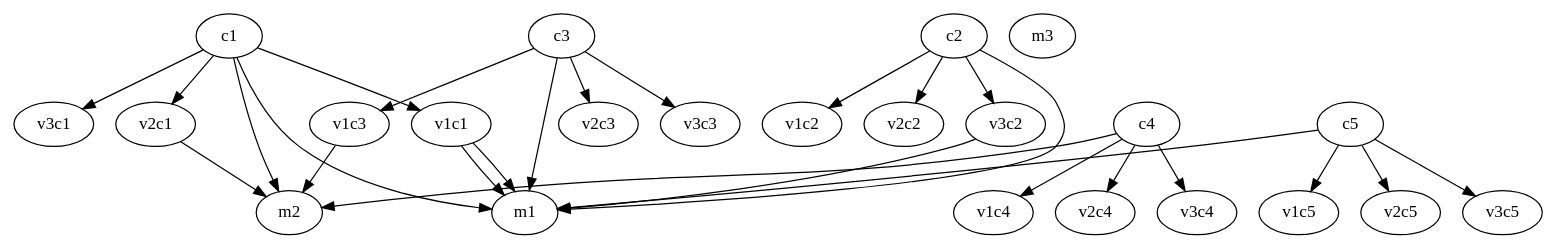
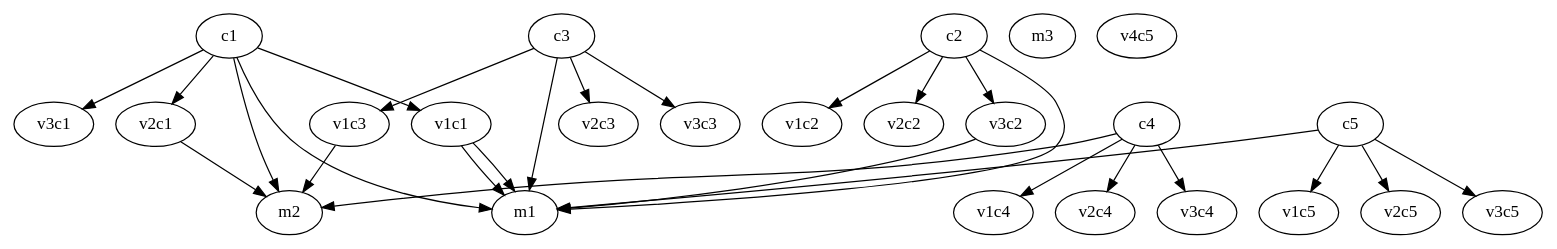
One commit to stefanrinderle/SoftViz3D changed the diagram in protected/runtime/actualResource.dot. Above: the diagram before and after it, drawn with Graphviz. The commit also changed 6 other files, not shown here.

```diff
--- a/protected/runtime/actualResource.dot
+++ b/protected/runtime/actualResource.dot
@@ -1,70 +1,71 @@
 digraph G {
 	subgraph model {
 		m1;
 		m2;
 		m3;
 	}	
 	subgraph view {
 		subgraph viewsC1 {
 			v1c1;
 			v2c1;
 			v3c1;
 		}
 		subgraph viewsC2 {
 			v1c2;
 			v2c2;
 			v3c2;
 		}
 		subgraph viewsC3 {
 			v1c3;
 			v2c3;
 			v3c3;
 		}
 		subgraph viewsC4 {
 			v1c4;
 			v2c4;
 			v3c4;
 		}
 		subgraph viewsC5 {
 			v1c5;
 			v2c5;
 			v3c5;
+    v4c5;
 		}
 	}
 	subgraph controller {
 		c1;
 		c2;
 		c3;
 		c4;
 		c5;
 	}
 
 	v1c1 -> m1;
 	v2c1 -> m2;
 	v3c2 -> m1;
 	v1c3 -> m2;
 	v1c1 -> m1;
 		
 	c1 -> m1;
 	c1 -> m2;
 	c2 -> m1;
 	c3 -> m1;
 	c4 -> m2;
 	c5 -> m1;
 	
 	c1 -> v1c1;
 	c1 -> v2c1;
 	c1 -> v3c1;
 	c2 -> v1c2;
 	c2 -> v2c2;
 	c2 -> v3c2;
 	c3 -> v1c3;
 	c3 -> v2c3;
 	c3 -> v3c3;
 	c4 -> v1c4;
 	c4 -> v2c4;
 	c4 -> v3c4;
 	c5 -> v1c5;
 	c5 -> v2c5;
 	c5 -> v3c5;
 }
```
